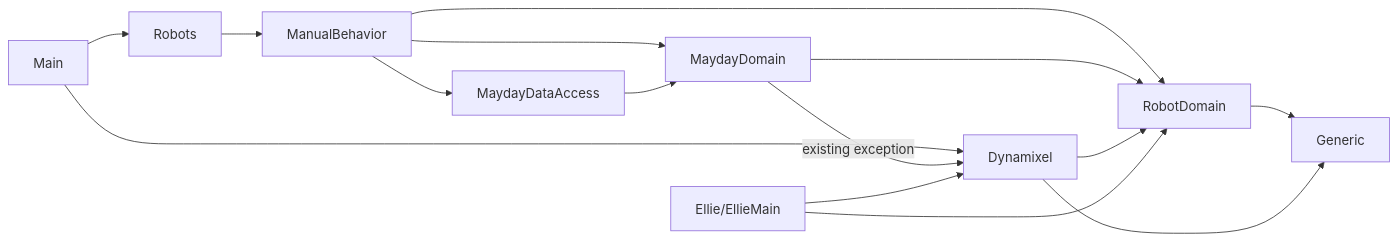
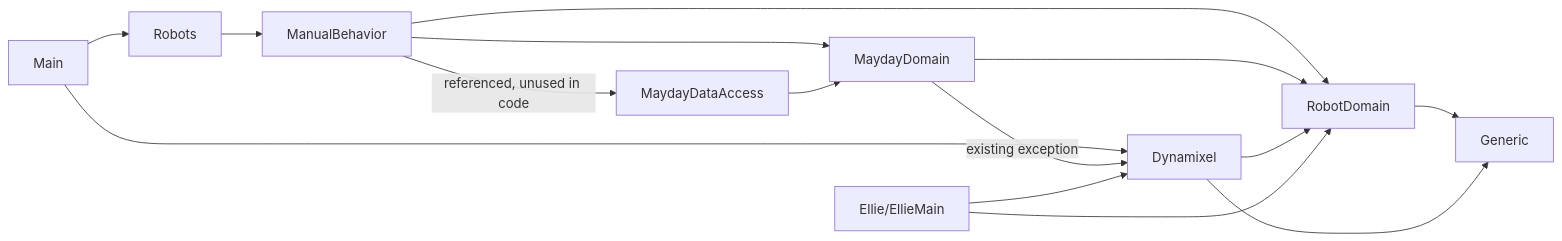
One commit to LasseBoerresen/Mayday changed the diagram in docs/architecture/README.md. Above: the diagram before and after it, drawn with Mermaid. The commit also changed other lines of this file and 1 other file, not shown here.

Commit message:
docs: describe ManualBehavior as manual and automated behaviors
Problem: CLAUDE.md and the architecture map described ManualBehavior as
manually selected, terminal-driven behavior, and the map showed its
MaydayDataAccess reference as a real dependency, though no code uses it.

Rationale: Correct the one-line descriptions and label the edge instead of
removing it, because the diagram shows direct project references and the
reference still exists in ManualBehavior.csproj.

Impact: No behavioral change.

````diff
--- a/docs/architecture/README.md
+++ b/docs/architecture/README.md
@@ -13,17 +13,17 @@
 ```mermaid
 flowchart LR
     Main --> Robots
     Main --> Dynamixel
     Robots --> ManualBehavior
-    ManualBehavior --> MaydayDataAccess
+    ManualBehavior -->|referenced, unused in code| MaydayDataAccess
     ManualBehavior --> MaydayDomain
     ManualBehavior --> RobotDomain
     MaydayDataAccess --> MaydayDomain
     MaydayDomain --> RobotDomain
     MaydayDomain -->|existing exception| Dynamixel
     Dynamixel --> RobotDomain
     RobotDomain --> Generic
     Dynamixel --> Generic
     EllieMain["Ellie/EllieMain"] --> Dynamixel
     EllieMain --> RobotDomain
 ```
````
